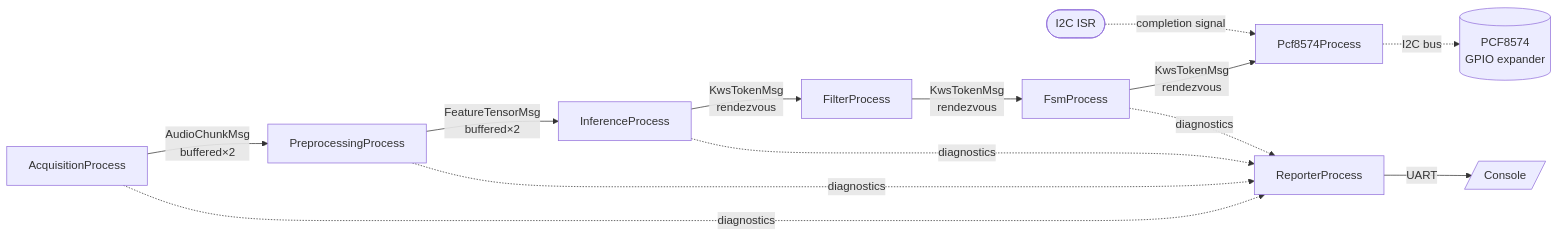
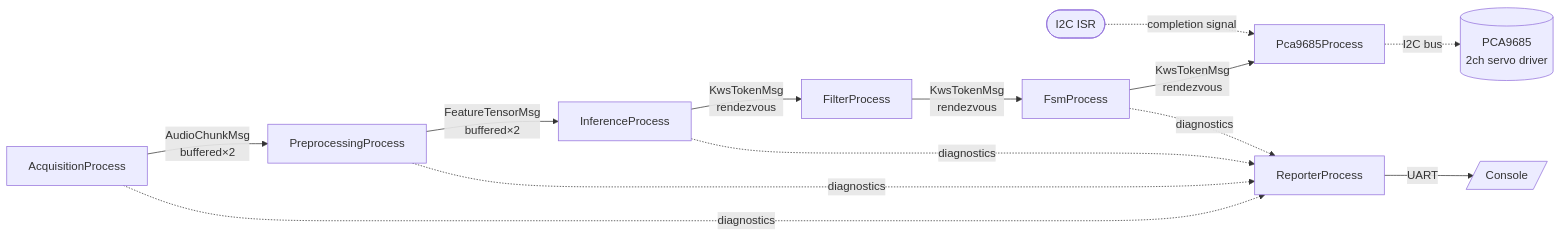
The first of 2 diagrams in EPII_CM55M_APP_S/app/scenario_app/csp4cmsis_kws_PCA9685/README.md (OliverFaust/CSP4CMSIS), drawn with Mermaid before and after one commit. The commit also changed other lines of this file, not shown here.

First line of the commit message:
Change PCF8574 references to PCA9685 in README

````diff
--- a/EPII_CM55M_APP_S/app/scenario_app/csp4cmsis_kws_PCA9685/README.md
+++ b/EPII_CM55M_APP_S/app/scenario_app/csp4cmsis_kws_PCA9685/README.md
@@ -25,16 +25,16 @@
 ```mermaid
 flowchart LR
     Acq[AcquisitionProcess] -->|AudioChunkMsg<br/>buffered×2| Prep[PreprocessingProcess]
     Prep -->|FeatureTensorMsg<br/>buffered×2| Inf[InferenceProcess]
     Inf -->|KwsTokenMsg<br/>rendezvous| Filt[FilterProcess]
     Filt -->|KwsTokenMsg<br/>rendezvous| Fsm[FsmProcess]
-    Fsm -->|KwsTokenMsg<br/>rendezvous| Pcf[Pcf8574Process]
-    Pcf -.I2C bus.-> HW[(PCF8574<br/>GPIO expander)]
-    ISR([I2C ISR]) -.completion signal.-> Pcf
+    Fsm -->|KwsTokenMsg<br/>rendezvous| Pca[Pca9685Process]
+    Pca -.I2C bus.-> HW[(PCA9685<br/>2ch servo driver)]
+    ISR([I2C ISR]) -.completion signal.-> Pca
 
     Acq -.diagnostics.-> Rep[ReporterProcess]
     Prep -.diagnostics.-> Rep
     Inf -.diagnostics.-> Rep
     Fsm -.diagnostics.-> Rep
     Rep -->|UART| Console[/Console/]
 ```
````
